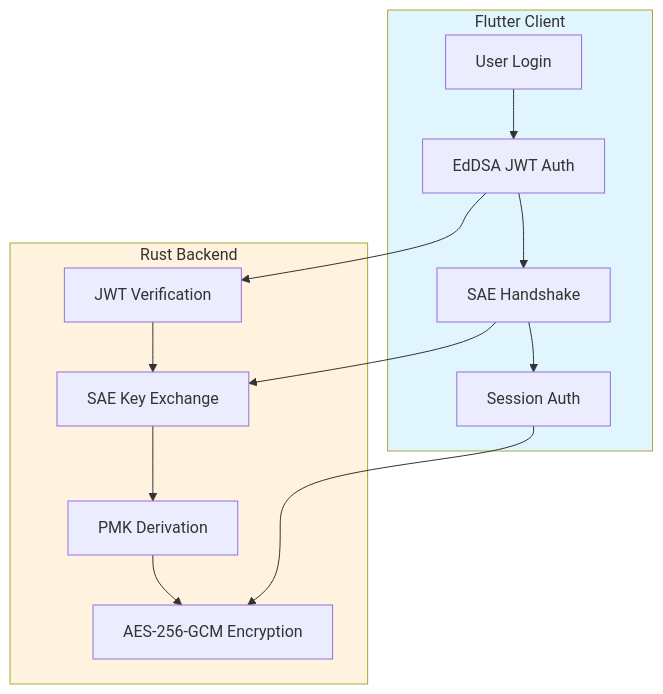
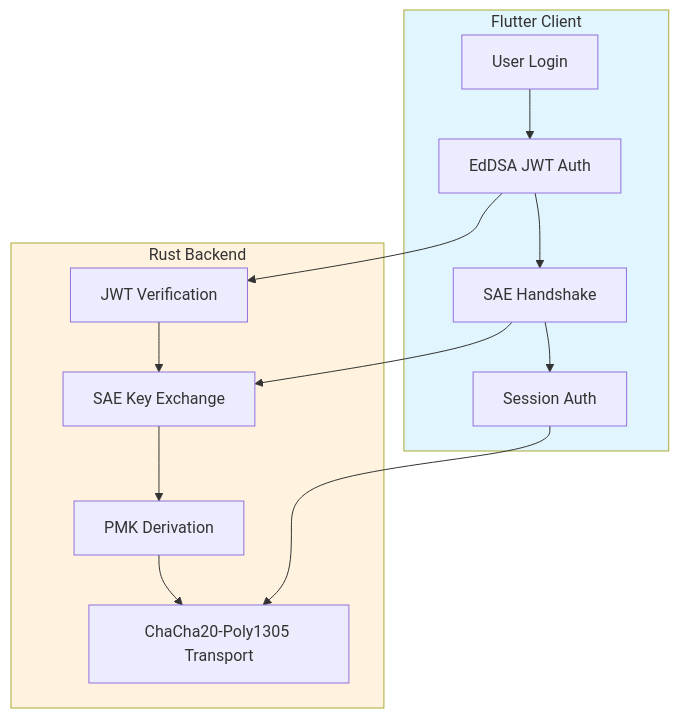
The first of 4 diagrams in README.md (blueokanna/RockZeroOS-Service), drawn with Mermaid before and after one commit. The commit also changed other lines of this file and 12 other files, not shown here.

````diff
--- a/README.md
+++ b/README.md
@@ -39,21 +44,21 @@
 ```mermaid
 flowchart TB
     subgraph Client["Flutter Client"]
         A[User Login] --> B[EdDSA JWT Auth]
         B --> C[SAE Handshake]
         C --> D[Session Auth]
     end
     
     subgraph Server["Rust Backend"]
         E[JWT Verification] --> F[SAE Key Exchange]
         F --> G[PMK Derivation]
-        G --> H[AES-256-GCM Encryption]
+      G --> H[ChaCha20-Poly1305 Transport]
     end
     
     B --> E
     C --> F
     D --> H
     
     style Client fill:#e1f5fe
     style Server fill:#fff3e0
 ```
````
